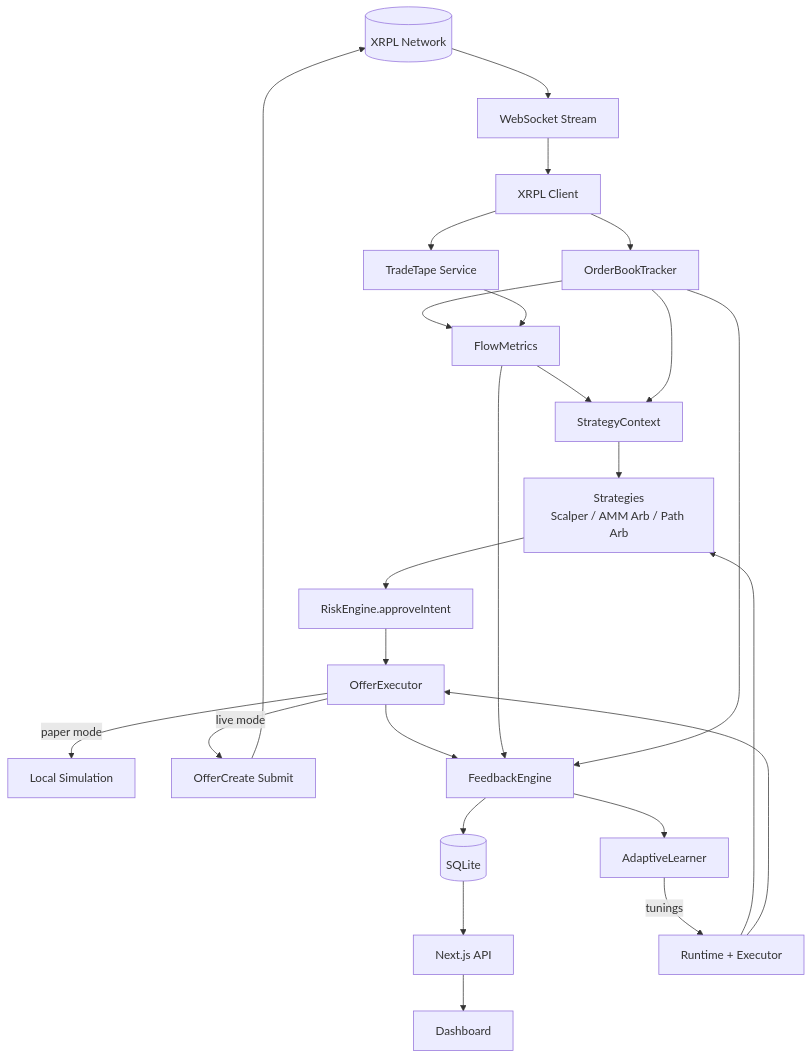
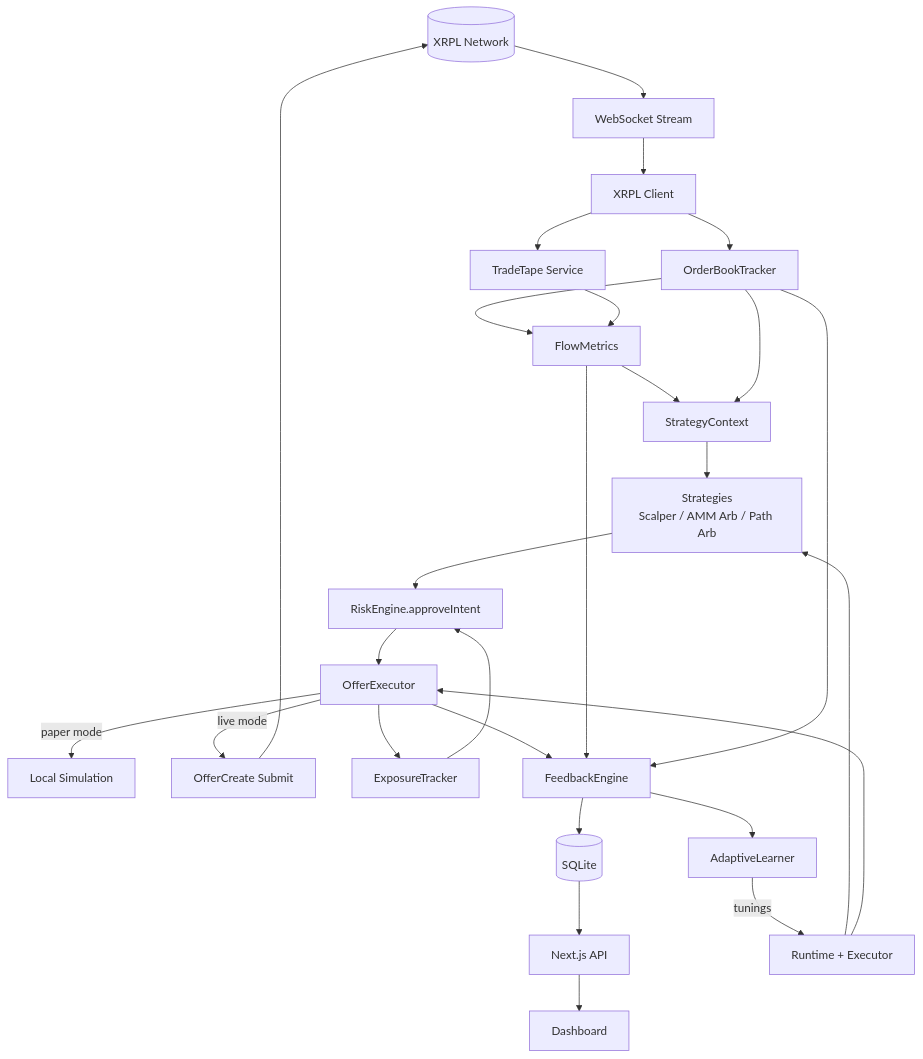
Before and after one commit to toolbokz/xrpl-trading-bot: the diagram in README.md, drawn with Mermaid. The commit also changed other lines of this file and 10 other files, not shown here.

````diff
--- a/README.md
+++ b/README.md
@@ -39,35 +42,37 @@
 ```mermaid
 flowchart TD
   XRPL[(XRPL Network)] --> WS[WebSocket Stream]
   WS --> XC[XRPL Client]
 
   XC --> OB[OrderBookTracker]
   XC --> TT[TradeTape Service]
 
   OB --> FM[FlowMetrics]
   TT --> FM
 
   FM --> CTX[StrategyContext]
   OB --> CTX
   CTX --> STRAT[Strategies<br/>Scalper / AMM Arb / Path Arb]
 
   STRAT --> RISK[RiskEngine.approveIntent]
   RISK --> EXEC[OfferExecutor]
 
   EXEC -->|paper mode| SIM[Local Simulation]
   EXEC -->|live mode| TX[OfferCreate Submit]
   TX --> XRPL
 
+  EXEC --> EXP[ExposureTracker]
+  EXP --> RISK
   EXEC --> FB[FeedbackEngine]
   FM --> FB
   OB --> FB
 
   FB --> DB[(SQLite)]
   DB --> API[Next.js API]
   API --> UI[Dashboard]
 
   FB --> AL[AdaptiveLearner]
   AL -->|tunings| RT[Runtime + Executor]
   RT --> STRAT
   RT --> EXEC
 ```
````
